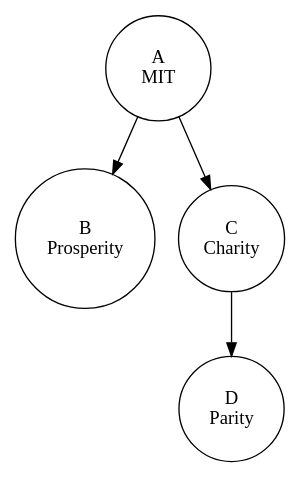
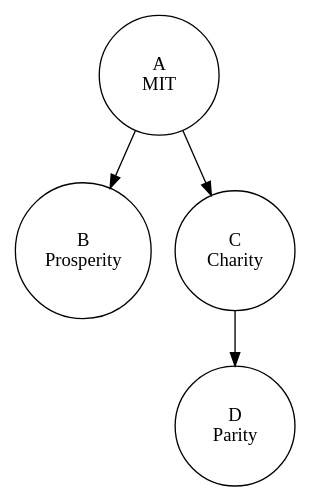
Before and after one commit to licensezero/guide.licensezero.com: the diagram in figure-3.dot, drawn with Graphviz. The commit also changed 2 other files, not shown here.

Commit message:
Make license-graph nodes a uniform size

```diff
--- a/figure-3.dot
+++ b/figure-3.dot
@@ -1,9 +1,9 @@
 digraph {
-  node [shape=circle,width=1.1];
+  node [shape=circle,width=1.25];
   A[label="A\nMIT"];
   B[label="B\nProsperity"];
   C[label="C\nCharity"];
   D[label="D\nParity"];
   A -> B, C;
   C -> D;
 }
```
